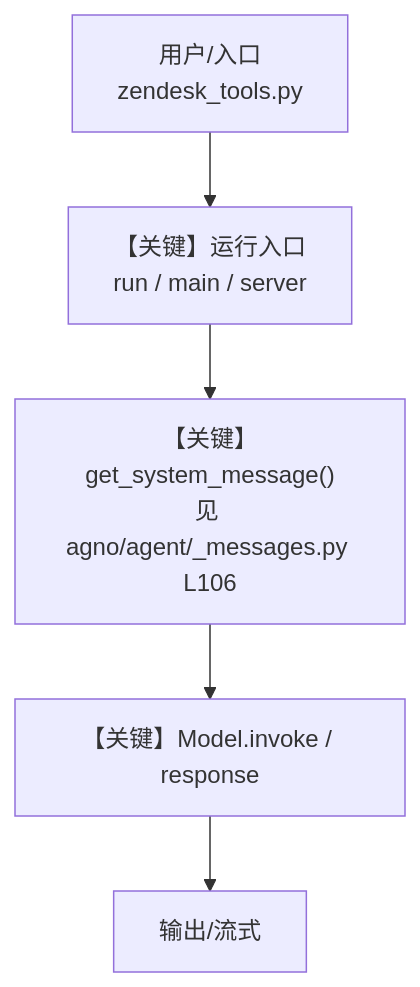
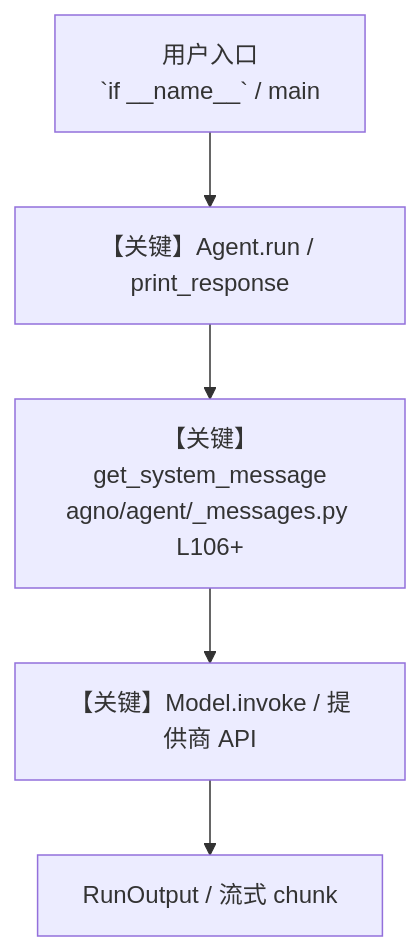
The diagram in cookbook/91_tools/zendesk_tools.md (defulat-coder/agno-learn), drawn with Mermaid before and after one commit. The commit also changed other lines of this file and 1669 other files, not shown here.

````diff
--- a/cookbook/91_tools/zendesk_tools.md
+++ b/cookbook/91_tools/zendesk_tools.md
@@ -81,7 +106,7 @@
 ```mermaid
 flowchart TD
-    U["用户/入口<br/>zendesk_tools.py"] --> R["【关键】运行入口<br/>run / main / server"]
-    R --> S["【关键】get_system_message()<br/>见 agno/agent/_messages.py L106"]
-    S --> M["【关键】Model.invoke / response"]
-    M --> Out["输出/流式"]
+    Entry["用户入口<br/>`if __name__` / main"] --> Run["【关键】Agent.run / print_response"]
+    Run --> Sys["【关键】get_system_message<br/>agno/agent/_messages.py L106+"]
+    Sys --> Inv["【关键】Model.invoke / 提供商 API"]
+    Inv --> Out["RunOutput / 流式 chunk"]
 ```
````
